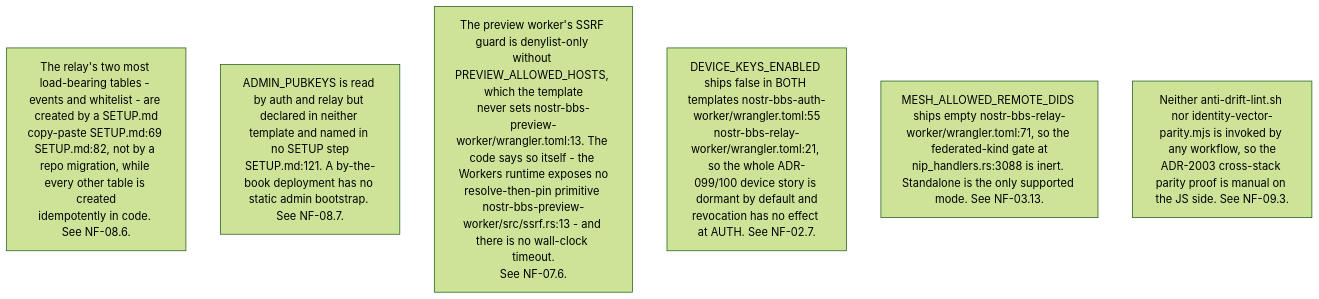
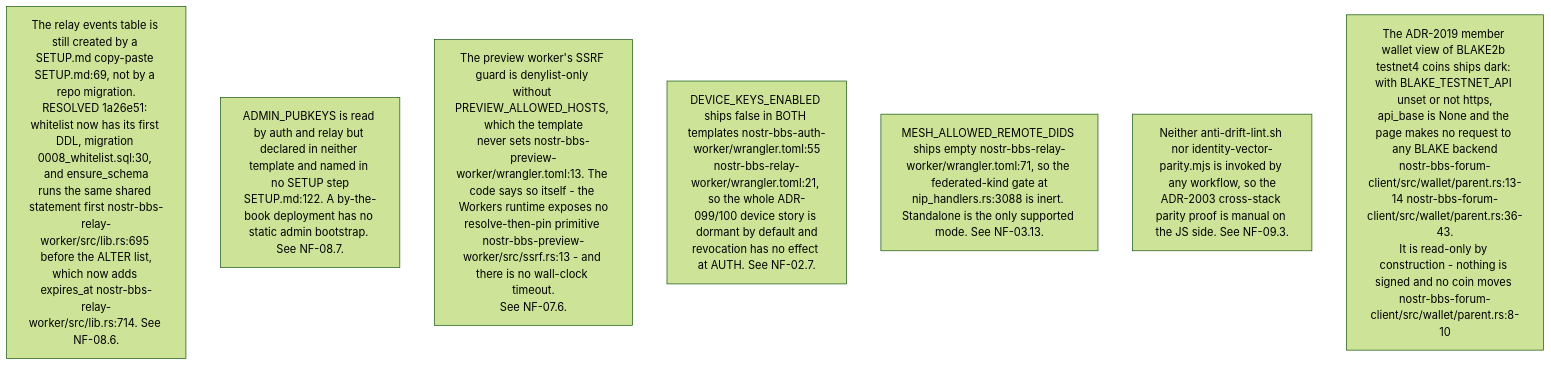
One commit to DreamLab-AI/VisionFlow changed the sixth of 10 diagrams in docs/diagrams/nostr-rust-forum/10-invariants-and-anomaly-register.md. Above: the diagram before and after it, drawn with Mermaid (forest theme). The commit also changed other lines of this file and 31 other files, not shown here.

````diff
--- a/docs/diagrams/nostr-rust-forum/10-invariants-and-anomaly-register.md
+++ b/docs/diagrams/nostr-rust-forum/10-invariants-and-anomaly-register.md
@@ -132,9 +135,10 @@
 ```mermaid
 flowchart TB
-    S1["The relay's two most load-bearing tables - events and whitelist - are created by a SETUP.md<br/>copy-paste SETUP.md:69 SETUP.md:82, not by a repo migration, while every other table is created<br/>idempotently in code. See NF-08.6."]
-    S2["ADMIN_PUBKEYS is read by auth and relay but declared in neither template and named in no SETUP step<br/>SETUP.md:121. A by-the-book deployment has no static admin bootstrap. See NF-08.7."]
+    S1["The relay events table is still created by a SETUP.md copy-paste SETUP.md:69, not by a repo migration.<br/>RESOLVED 1a26e51: whitelist now has its first DDL, migration 0008_whitelist.sql:30, and ensure_schema<br/>runs the same shared statement first nostr-bbs-relay-worker/src/lib.rs:695 before the ALTER list,<br/>which now adds expires_at nostr-bbs-relay-worker/src/lib.rs:714. See NF-08.6."]
+    S2["ADMIN_PUBKEYS is read by auth and relay but declared in neither template and named in no SETUP step<br/>SETUP.md:122. A by-the-book deployment has no static admin bootstrap. See NF-08.7."]
     S3["The preview worker's SSRF guard is denylist-only without PREVIEW_ALLOWED_HOSTS, which the template<br/>never sets nostr-bbs-preview-worker/wrangler.toml:13. The code says so itself - the Workers runtime exposes no<br/>resolve-then-pin primitive nostr-bbs-preview-worker/src/ssrf.rs:13 - and there is no wall-clock timeout.<br/>See NF-07.6."]
     S4["DEVICE_KEYS_ENABLED ships false in BOTH templates nostr-bbs-auth-worker/wrangler.toml:55<br/>nostr-bbs-relay-worker/wrangler.toml:21, so the whole ADR-099/100 device story is dormant by default and<br/>revocation has no effect at AUTH. See NF-02.7."]
     S5["MESH_ALLOWED_REMOTE_DIDS ships empty nostr-bbs-relay-worker/wrangler.toml:71, so the federated-kind gate at<br/>nip_handlers.rs:3088 is inert. Standalone is the only supported mode. See NF-03.13."]
     S6["Neither anti-drift-lint.sh nor identity-vector-parity.mjs is invoked by any workflow, so the<br/>ADR-2003 cross-stack parity proof is manual on the JS side. See NF-09.3."]
+    S7["The ADR-2019 member wallet view of BLAKE2b testnet4 coins ships dark: with BLAKE_TESTNET_API unset or not https,<br/>api_base is None and the page makes no request to any BLAKE backend<br/>nostr-bbs-forum-client/src/wallet/parent.rs:13-14 nostr-bbs-forum-client/src/wallet/parent.rs:36-43.<br/>It is read-only by construction - nothing is signed and no coin moves nostr-bbs-forum-client/src/wallet/parent.rs:8-10"]
 ```
````
